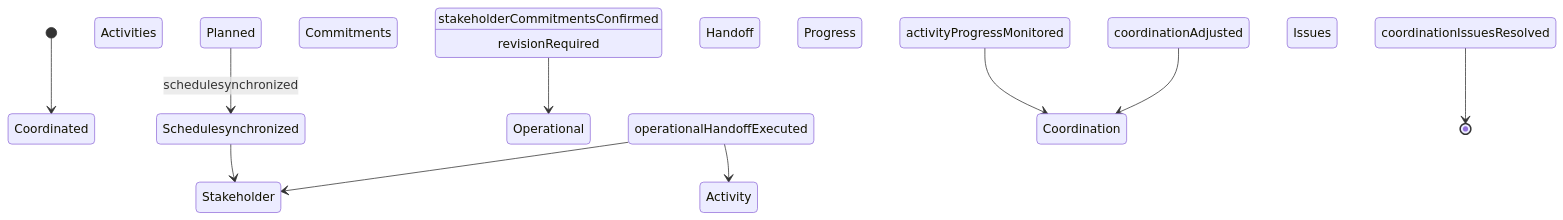
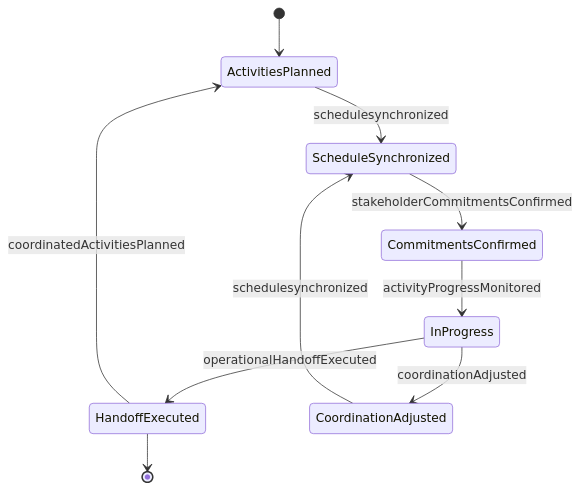
Before and after one commit to dot-org-ai/tasks.org.ai: the second of 4 diagrams in CommunicatingWithSupervisorsPeersOrSubordinates/CoordinateActivitiesWithClientsAgenciesOrOrganizations/CoordinateOperationalActivitiesExternalStakeholder.mdx, drawn with Mermaid. The commit also changed other lines of this file and 515 other files, not shown here.

````diff
--- a/CommunicatingWithSupervisorsPeersOrSubordinates/CoordinateActivitiesWithClientsAgenciesOrOrganizations/CoordinateOperationalActivitiesExternalStakeholder.mdx
+++ b/CommunicatingWithSupervisorsPeersOrSubordinates/CoordinateActivitiesWithClientsAgenciesOrOrganizations/CoordinateOperationalActivitiesExternalStakeholder.mdx
@@ -100,12 +100,12 @@
 ```mermaid
 stateDiagram-v2
-    [*] --> Coordinated Activities Planned
-    Coordinated Activities Planned --> Schedulesynchronized : schedulesynchronized
-    Schedulesynchronized --> Stakeholder Commitments Confirmed : stakeholderCommitmentsConfirmed
-    Stakeholder Commitments Confirmed --> Operational Handoff Executed : operationalHandoffExecuted
-    Operational Handoff Executed --> Activity Progress Monitored : activityProgressMonitored
-    Activity Progress Monitored --> Coordination Adjusted : coordinationAdjusted
-    Coordination Adjusted --> Coordination Issues Resolved : coordinationIssuesResolved
-    Operational Handoff Executed --> Stakeholder Commitments Confirmed : revisionRequired
-    Coordination Issues Resolved --> [*]
+    [*] --> ActivitiesPlanned
+    ActivitiesPlanned --> ScheduleSynchronized : schedulesynchronized
+    ScheduleSynchronized --> CommitmentsConfirmed : stakeholderCommitmentsConfirmed
+    CommitmentsConfirmed --> InProgress : activityProgressMonitored
+    InProgress --> HandoffExecuted : operationalHandoffExecuted
+    InProgress --> CoordinationAdjusted : coordinationAdjusted
+    CoordinationAdjusted --> ScheduleSynchronized : schedulesynchronized
+    HandoffExecuted --> ActivitiesPlanned : coordinatedActivitiesPlanned
+    HandoffExecuted --> [*]
 ```
````
